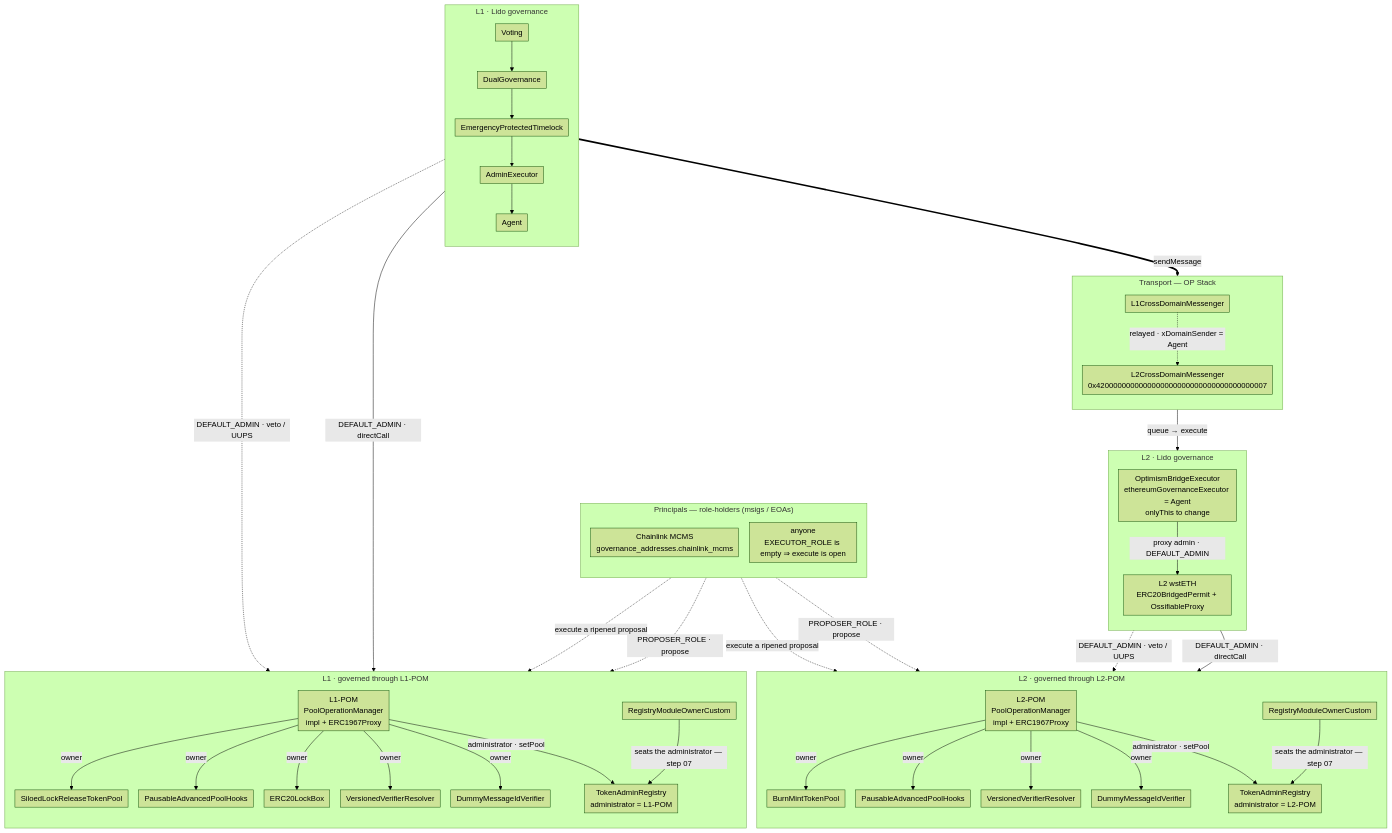
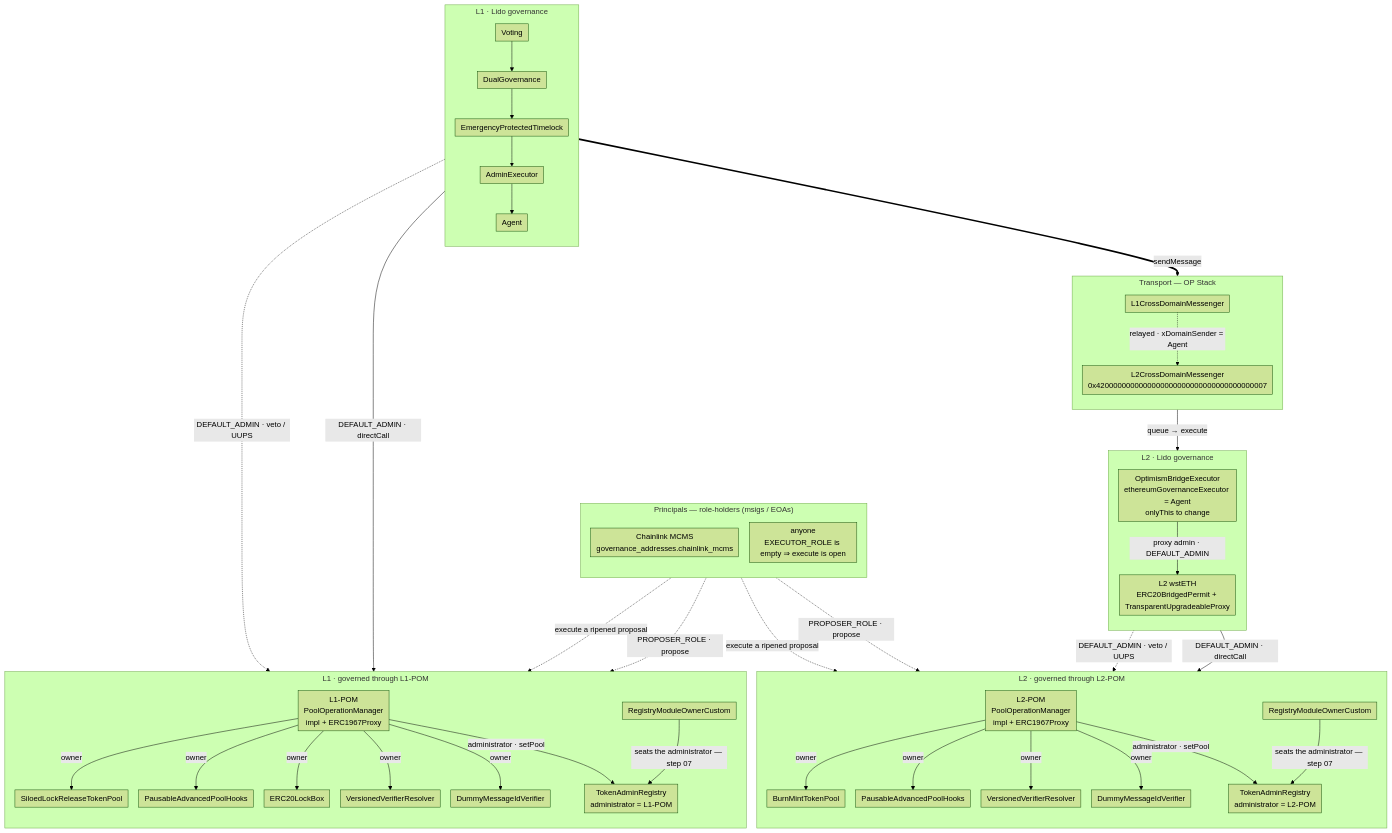
The third of 6 diagrams in orchestration/wsteth-ccip/docs/ARCHITECTURE.md (lidofinance/multichain), drawn with Mermaid (forest theme) before and after one commit. The commit also changed other lines of this file and 55 other files, not shown here.

Commit message:
feat: update OZ version to match ccip version and move to TransparentUpgradeableProxy

````diff
--- a/orchestration/wsteth-ccip/docs/ARCHITECTURE.md
+++ b/orchestration/wsteth-ccip/docs/ARCHITECTURE.md
@@ -367,73 +367,73 @@
 ```mermaid
 %%{init: {"flowchart": {"nodeSpacing": 22, "rankSpacing": 38, "padding": 6, "subGraphTitleMargin": {"top": 2, "bottom": 6}}}}%%
 flowchart TB
   subgraph G1["L1 · Lido governance"]
     direction TB
     VO[Voting] --> DGV[DualGovernance] --> TLK[EmergencyProtectedTimelock] --> AEX[AdminExecutor] --> AGT[Agent]
   end
   subgraph PRIN["Principals — role-holders (msigs / EOAs)"]
     direction TB
     MCMS["Chainlink MCMS<br/>governance_addresses.chainlink_mcms"]
     ANY["anyone<br/>EXECUTOR_ROLE is empty ⇒ execute is open"]
   end
   subgraph XP["Transport — OP Stack"]
     direction TB
     XDM1[L1CrossDomainMessenger]
     XDM2["L2CrossDomainMessenger<br/>0x4200000000000000000000000000000000000007"]
   end
   subgraph G2["L2 · Lido governance"]
     direction TB
     OPX["OptimismBridgeExecutor<br/>ethereumGovernanceExecutor = Agent<br/>onlyThis to change"]
-    WS2["L2 wstETH<br/>ERC20BridgedPermit + OssifiableProxy"]
+    WS2["L2 wstETH<br/>ERC20BridgedPermit + TransparentUpgradeableProxy"]
   end
 
   subgraph T1["L1 · governed through L1-POM"]
     direction TB
     POM1["L1-POM<br/>PoolOperationManager<br/>impl + ERC1967Proxy"]
     PL1[SiloedLockReleaseTokenPool]
     HK1[PausableAdvancedPoolHooks]
     LBX[ERC20LockBox]
     RSV1[VersionedVerifierResolver]
     VER1[DummyMessageIdVerifier]
     TAR1["TokenAdminRegistry<br/>administrator = L1-POM"]
     RMO1[RegistryModuleOwnerCustom]
   end
   subgraph T2["L2 · governed through L2-POM"]
     direction TB
     POM2["L2-POM<br/>PoolOperationManager<br/>impl + ERC1967Proxy"]
     PL2[BurnMintTokenPool]
     HK2[PausableAdvancedPoolHooks]
     RSV2[VersionedVerifierResolver]
     VER2[DummyMessageIdVerifier]
     TAR2["TokenAdminRegistry<br/>administrator = L2-POM"]
     RMO2[RegistryModuleOwnerCustom]
   end
 
   AGT -->|"DEFAULT_ADMIN · directCall"| POM1
   AGT ==>|sendMessage| XDM1
   XDM1 -.->|"relayed · xDomainSender = Agent"| XDM2
   XDM2 -->|"queue → execute"| OPX
   OPX -->|"DEFAULT_ADMIN · directCall"| POM2
   OPX -->|"proxy admin · DEFAULT_ADMIN"| WS2
 
   MCMS -.->|"PROPOSER_ROLE · propose"| POM1
   MCMS -.->|"PROPOSER_ROLE · propose"| POM2
   AGT -.->|"DEFAULT_ADMIN · veto / UUPS"| POM1
   OPX -.->|"DEFAULT_ADMIN · veto / UUPS"| POM2
   ANY -.->|"execute a ripened proposal"| POM1
   ANY -.->|"execute a ripened proposal"| POM2
 
   POM1 -->|owner| PL1
   POM1 -->|owner| HK1
   POM1 -->|owner| LBX
   POM1 -->|owner| RSV1
   POM1 -->|owner| VER1
   POM1 -->|"administrator · setPool"| TAR1
   RMO1 -->|"seats the administrator — step 07"| TAR1
   POM2 -->|owner| PL2
   POM2 -->|owner| HK2
   POM2 -->|owner| RSV2
   POM2 -->|owner| VER2
   POM2 -->|"administrator · setPool"| TAR2
   RMO2 -->|"seats the administrator — step 07"| TAR2
 ```
````
